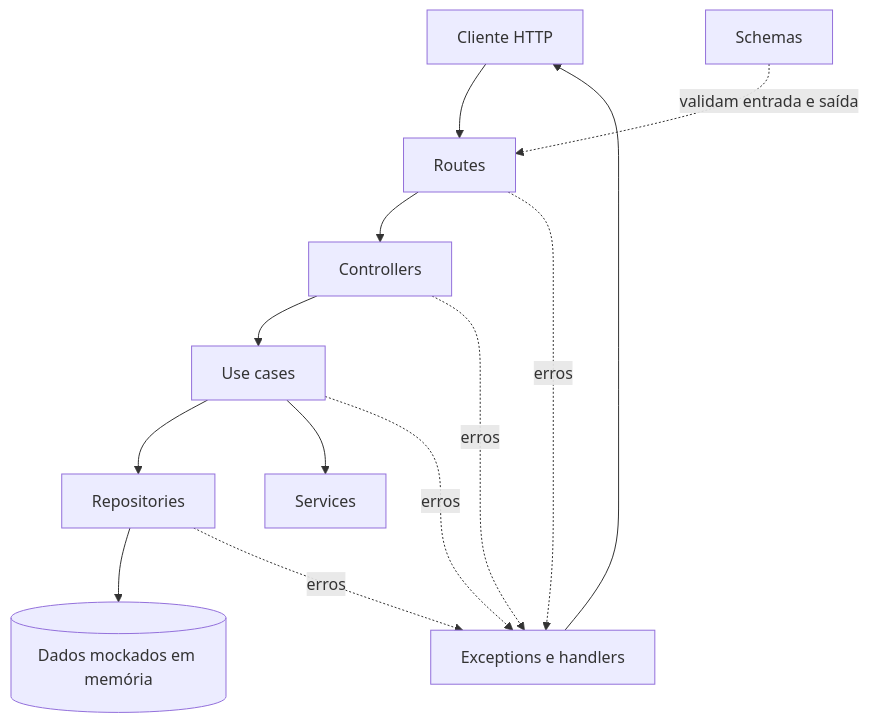
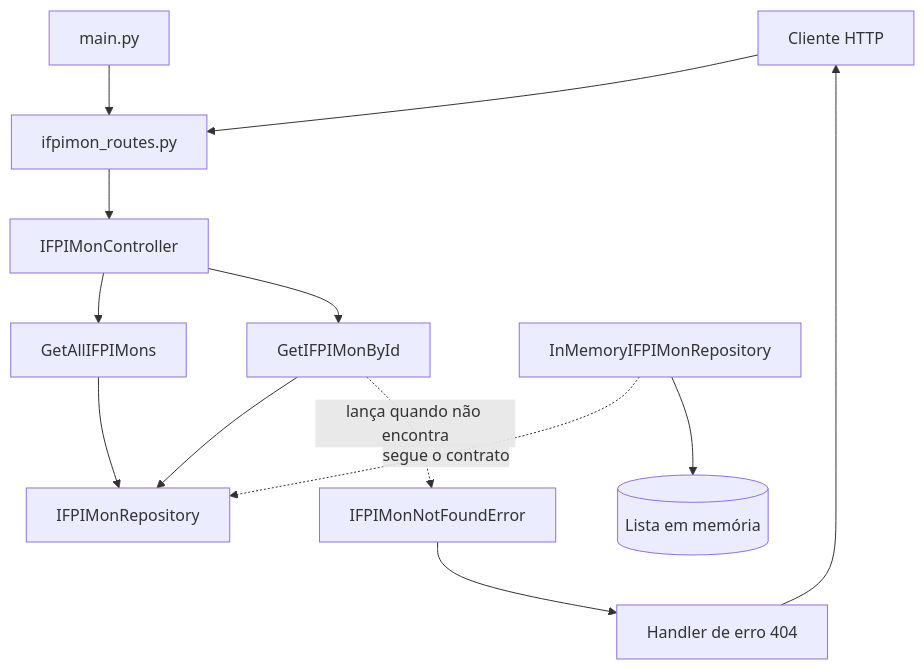
Before and after one commit to MailsonSousa88/ifpiMonAPI: the diagram in docs/api/arquitetura.md, drawn with Mermaid. The commit also changed other lines of this file and 36 other files, not shown here.

````diff
--- a/docs/api/arquitetura.md
+++ b/docs/api/arquitetura.md
@@ -30,26 +72,27 @@
 ```mermaid
 flowchart TD
     Client[Cliente HTTP]
-    Routes[Routes]
-    Controllers[Controllers]
-    UseCases[Use cases]
-    Services[Services]
-    Repositories[Repositories]
-    Data[(Dados mockados em memória)]
-    Schemas[Schemas]
-    Exceptions[Exceptions e handlers]
+    Main[main.py]
+    Route[ifpimon_routes.py]
+    Controller[IFPIMonController]
+    GetAll[GetAllIFPIMons]
+    GetById[GetIFPIMonById]
+    Contract[IFPIMonRepository]
+    Memory[InMemoryIFPIMonRepository]
+    Data[(Lista em memória)]
+    Exception[IFPIMonNotFoundError]
+    Handler[Handler de erro 404]
 
-    Client --> Routes
-    Routes --> Controllers
-    Controllers --> UseCases
-    UseCases --> Repositories
-    UseCases --> Services
-    Repositories --> Data
-
-    Schemas -. validam entrada e saída .-> Routes
-    Routes -. erros .-> Exceptions
-    Controllers -. erros .-> Exceptions
-    UseCases -. erros .-> Exceptions
-    Repositories -. erros .-> Exceptions
-    Exceptions --> Client
+    Main --> Route
+    Client --> Route
+    Route --> Controller
+    Controller --> GetAll
+    Controller --> GetById
+    GetAll --> Contract
+    GetById --> Contract
+    Memory -. segue o contrato .-> Contract
+    Memory --> Data
+    GetById -. lança quando não encontra .-> Exception
+    Exception --> Handler
+    Handler --> Client
 ```
````
